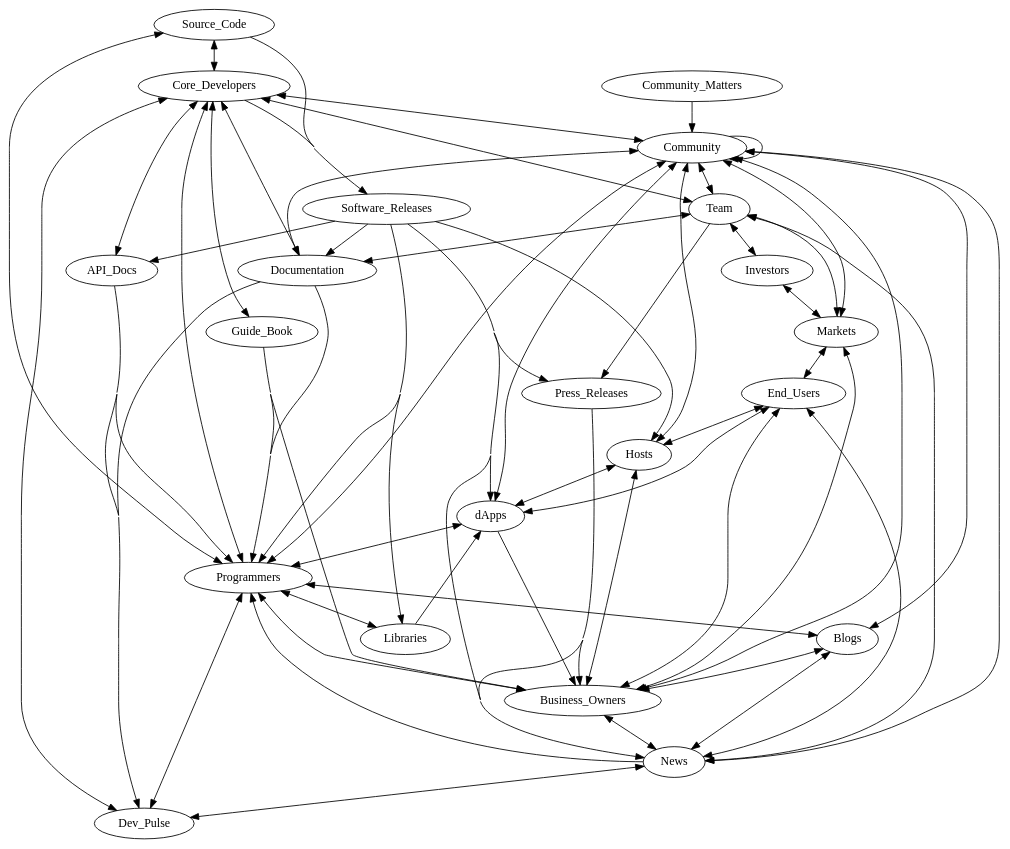
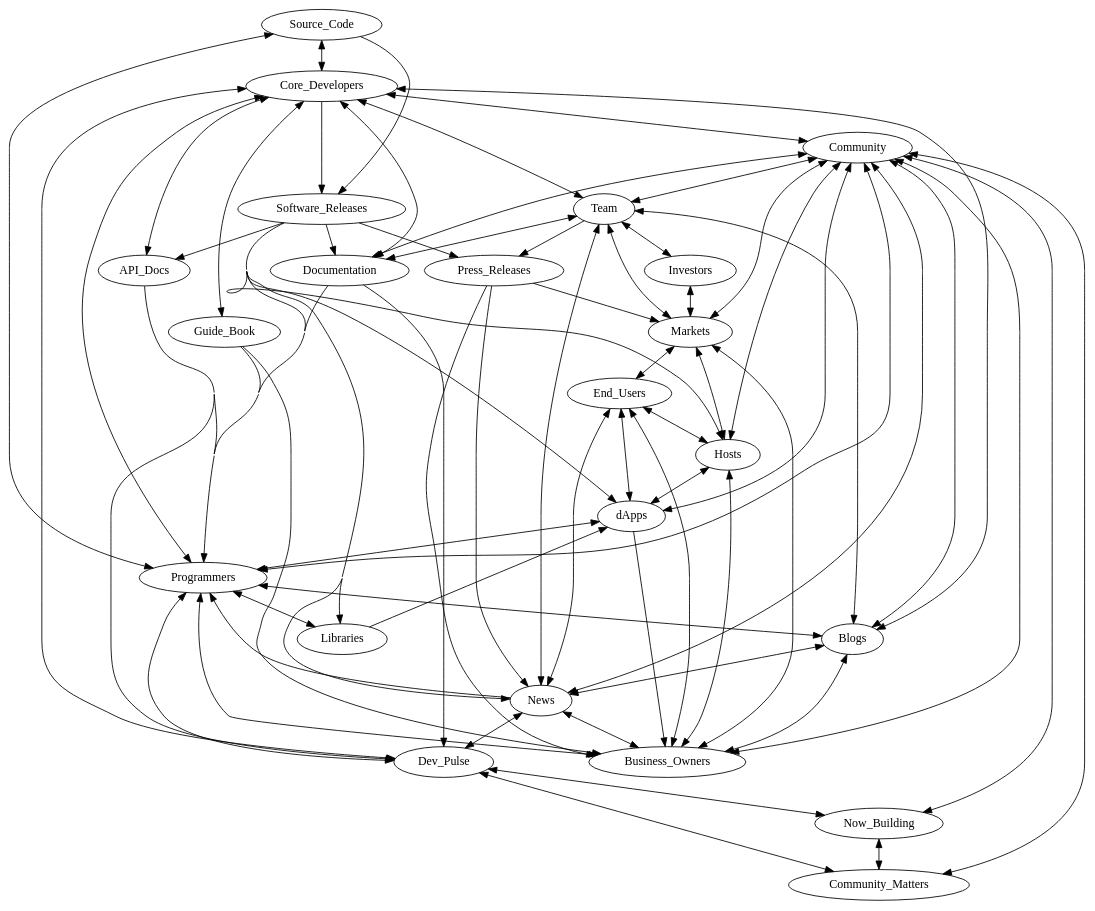
Before and after one commit to btakita/holochain-notes: the diagram in information-flow.dot, drawn with Graphviz. The commit also changed 3 other files, not shown here.

```diff
--- a/information-flow.dot
+++ b/information-flow.dot
@@ -1,78 +1,86 @@
 digraph	"Software Flow"	{
 	concentrate=true;
 
     Source_Code[href="https://github.com/holochain/holochain-rust"];
     Team[href="https://holo.host/team/"];
     Core_Developers[href="https://github.com/holochain/holochain-rust/graphs/contributors"];
     Software_Releases[href="https://github.com/holochain/holochain-rust/releases"];
     Hosts[href="https://holo.host/host/"];
     Documentation[href="https://developer.holochain.org/"];
     API_Docs[href="https://developer.holochain.org/api/latest/hdk/"]
     Guide_Book[href="https://developer.holochain.org/guide/latest/welcome.html"]
     Dev_Pulse[href="https://medium.com/holochain"]
     Community_Matters[href="https://medium.com/holochain/tagged/community-matters"]
+    Now_Building[href="https://medium.com/holochain/tagged/now-building"]
 
 	Source_Code -> Software_Releases;
 	Source_Code -> Core_Developers -> Source_Code;
 	Libraries -> dApps;
 	dApps -> Business_Owners;
 	dApps -> End_Users -> dApps;
 	Documentation -> Dev_Pulse;
 	Documentation -> Programmers;
 	API_Docs -> Dev_Pulse;
 	API_Docs -> Programmers;
 	Guide_Book -> Programmers;
 	Guide_Book -> Business_Owners;
 	Press_Releases -> News;
 	Press_Releases -> Business_Owners;
+	Press_Releases -> Markets;
 	News -> Dev_Pulse -> News;
 	News -> Programmers;
 	News -> Blogs -> News;
 	News -> Business_Owners -> News;
 	News -> End_Users -> News;
 	Dev_Pulse -> Programmers -> Dev_Pulse;
-    Community_Matters -> Community -> Community;
+    Community_Matters -> Community -> Community_Matters;
+	Now_Building -> Community -> Now_Building;
+	Dev_Pulse -> Community_Matters -> Dev_Pulse -> Now_Building -> Dev_Pulse;
+	Community_Matters -> Now_Building -> Community_Matters;
+	Blogs -> Team -> Blogs;
+	Blogs -> Core_Developers -> Blogs;
 	Blogs -> Programmers -> Blogs;
 	Blogs -> Business_Owners -> Blogs;
+	Markets -> Hosts -> Markets;
+	Markets -> Investors -> Markets;
+	Markets -> End_Users -> Markets;
 	Team -> Core_Developers -> Team;
 	Team -> Press_Releases;
 	Team -> Documentation -> Team;
 	Team -> News -> Team;
 	Team -> Markets -> Team;
 	Team -> Investors -> Team;
 	Core_Developers -> API_Docs -> Core_Developers;
 	Core_Developers -> Documentation -> Core_Developers;
 	Core_Developers -> Dev_Pulse -> Core_Developers;
 	Core_Developers -> Programmers -> Core_Developers;
 	Core_Developers -> Software_Releases;
 	Core_Developers -> Guide_Book -> Core_Developers;
 	Software_Releases -> API_Docs;
 	Software_Releases -> News;
 	Software_Releases -> Libraries;
 	Software_Releases -> dApps;
 	Software_Releases -> Hosts;
 	Software_Releases -> Press_Releases;
 	Software_Releases -> Documentation;
 	Software_Releases -> Programmers;
 	Hosts -> dApps -> Hosts;
 	Hosts -> Business_Owners -> Hosts;
 	Hosts -> End_Users -> Hosts;
 	Community -> Team -> Community;
 	Community -> Core_Developers -> Community;
 	Community -> Markets -> Community;
 	Community -> Blogs -> Community;
 	Community -> News -> Community;
 	Community -> Programmers -> Community;
 	Community -> Business_Owners -> Community;
 	Community -> Documentation -> Community;
 	Community -> dApps -> Community;
 	Community -> Hosts -> Community;
 	Programmers -> Source_Code -> Programmers;
 	Programmers -> dApps -> Programmers;
 	Programmers -> Libraries -> Programmers;
 	Programmers -> Business_Owners -> Programmers;
 	Business_Owners -> End_Users -> Business_Owners;
 	Business_Owners -> Markets -> Business_Owners;
-	Markets -> Investors -> Markets;
-	Markets -> End_Users -> Markets;
 }
```
